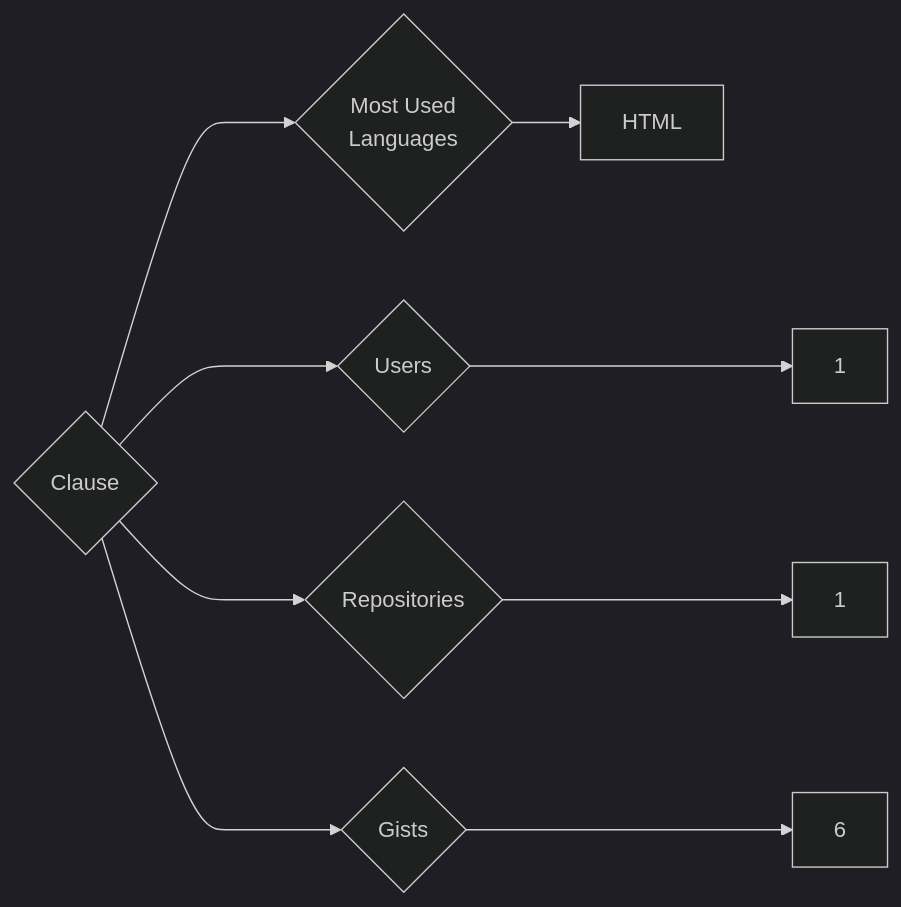
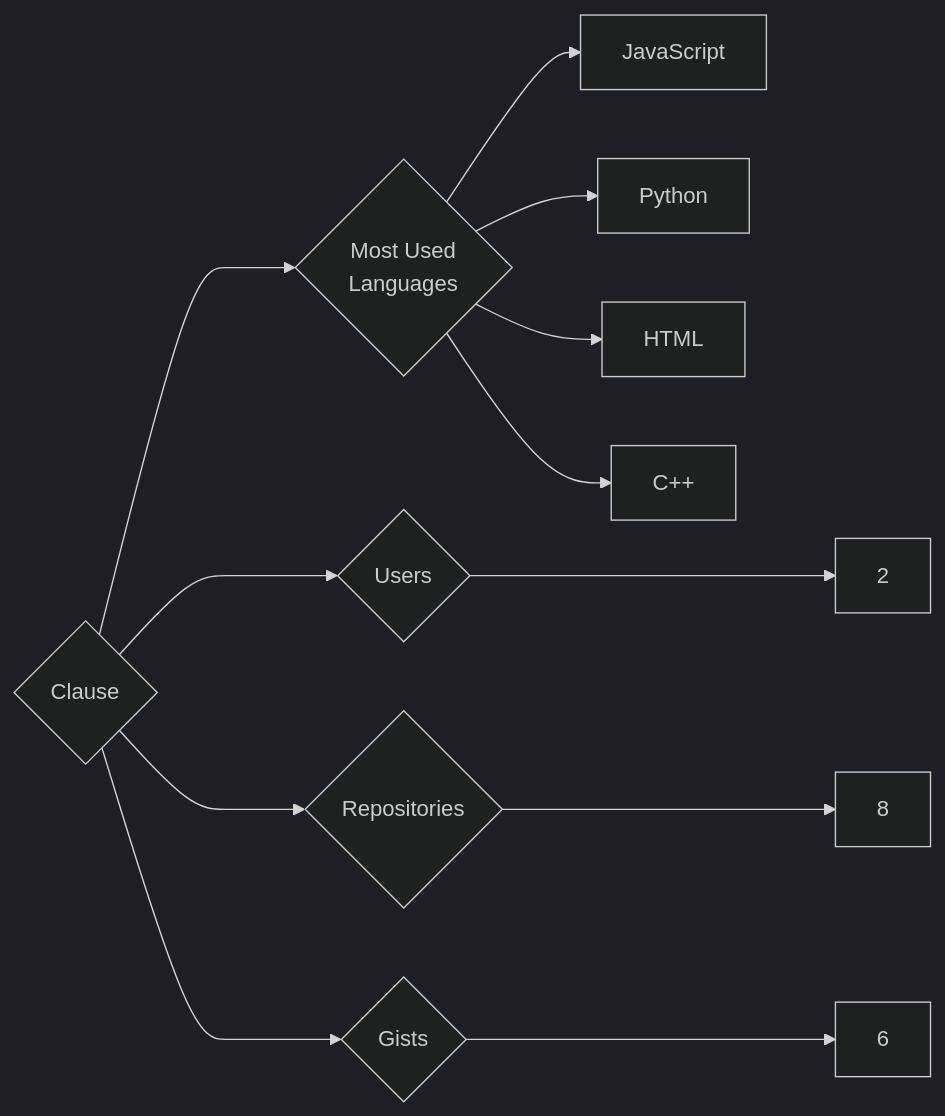
Before and after one commit to trickest/insiders: the diagram in targets/Clause/README.md, drawn with Mermaid (dark theme). The commit also changed 985 other files, not shown here.

````diff
--- a/targets/Clause/README.md
+++ b/targets/Clause/README.md
@@ -3,9 +3,12 @@
 ```mermaid
 graph LR
 COMPANY_NAME{Clause}
-COMPANY_NAME ---> U{Users} ---> UN[1]
-COMPANY_NAME ---> R{Repositories} ---> RN[1]
+COMPANY_NAME ---> U{Users} ---> UN[2]
+COMPANY_NAME ---> R{Repositories} ---> RN[8]
 COMPANY_NAME ---> G{Gists} ---> GN[6]
 COMPANY_NAME ---> ML{Most Used<br>Languages}
+ML --> JavaScript[JavaScript]
+ML --> Python[Python]
 ML --> HTML[HTML]
+ML --> C++[C++]
 ```
````
